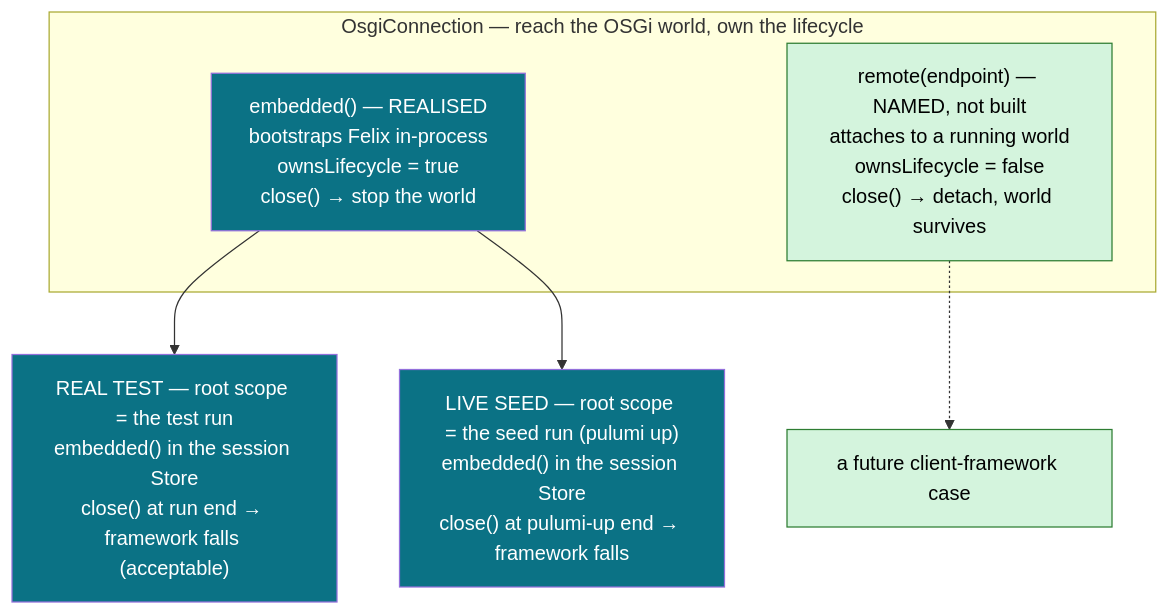
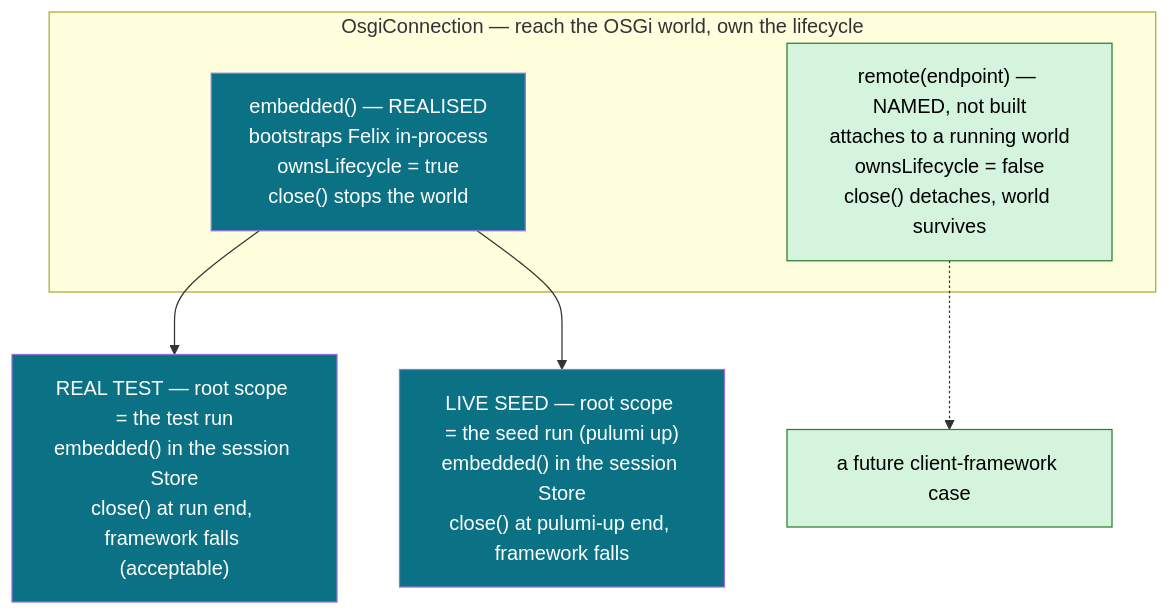
The third of 8 diagrams in docs/architecture/osgi/engine-lifecycle-spec.adoc (nxmatic/rke2lab), drawn with Mermaid before and after one commit. The commit also changed other lines of this file and 1 other file, not shown here.

First line of the commit message:
docs(engine,seed-broker): grave the live-run hardening learnt this session

```diff
--- a/docs/architecture/osgi/engine-lifecycle-spec.adoc
+++ b/docs/architecture/osgi/engine-lifecycle-spec.adoc
@@ -157,18 +157,18 @@
 [mermaid]
 ....
 flowchart TB
   subgraph abs["OsgiConnection — reach the OSGi world, own the lifecycle"]
-    emb["embedded() — REALISED<br/>bootstraps Felix in-process<br/>ownsLifecycle = true<br/>close() → stop the world"]
-    rem["remote(endpoint) — NAMED, not built<br/>attaches to a running world<br/>ownsLifecycle = false<br/>close() → detach, world survives"]
+    emb["embedded() — REALISED<br/>bootstraps Felix in-process<br/>ownsLifecycle = true<br/>close() stops the world"]
+    rem["remote(endpoint) — NAMED, not built<br/>attaches to a running world<br/>ownsLifecycle = false<br/>close() detaches, world survives"]
   end
-  test["REAL TEST — root scope = the test run<br/>embedded() in the session Store<br/>close() at run end → framework falls (acceptable)"]
-  run["LIVE SEED — root scope = the seed run (pulumi up)<br/>embedded() in the session Store<br/>close() at pulumi-up end → framework falls"]
+  test["REAL TEST — root scope = the test run<br/>embedded() in the session Store<br/>close() at run end, framework falls (acceptable)"]
+  run["LIVE SEED — root scope = the seed run (pulumi up)<br/>embedded() in the session Store<br/>close() at pulumi-up end, framework falls"]
   future["a future client-framework case"]
   emb --> test
   emb --> run
   rem -.-> future
   classDef built fill:#0b7285,color:#fff;
   classDef named fill:#d4f4dd,stroke:#2e7d32,color:#000;
   class emb,test,run built
   class rem,future named
 ....
```
